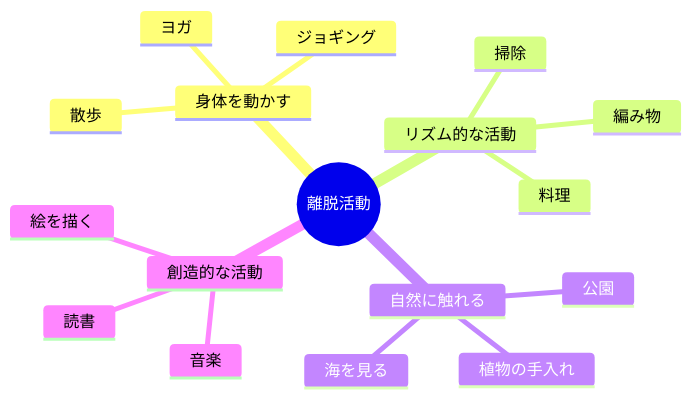
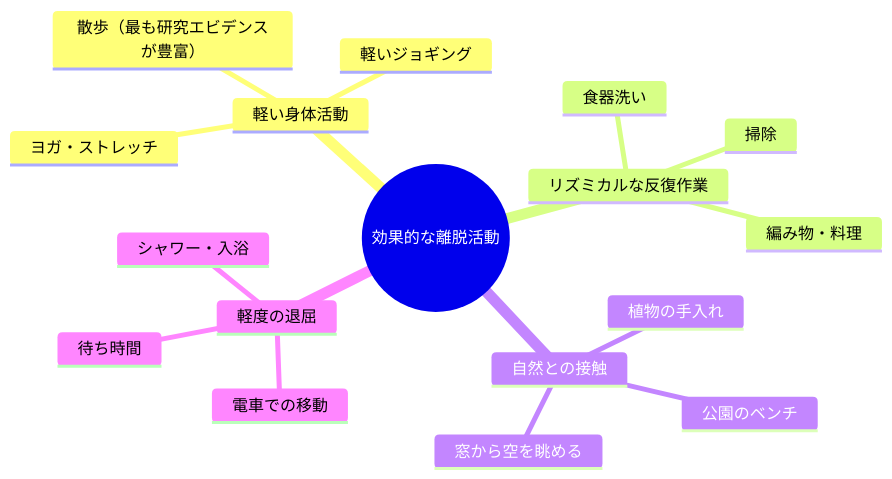
Before and after one commit to tndg16-bot/portfolio-site: the third of 3 diagrams in content/blog/268-thinking-organization-incubation.md, drawn with Mermaid. The commit also changed other lines of this file and 44 other files, not shown here.

````diff
--- a/content/blog/268-thinking-organization-incubation.md
+++ b/content/blog/268-thinking-organization-incubation.md
@@ -102,20 +135,20 @@
 ```mermaid
 mindmap
-  root((離脱活動))
-    身体を動かす
-      散歩
-      ジョギング
-      ヨガ
-    リズム的な活動
+  root((効果的な離脱活動))
+    軽い身体活動
+      散歩（最も研究エビデンスが豊富）
+      軽いジョギング
+      ヨガ・ストレッチ
+    リズミカルな反復作業
+      食器洗い
       掃除
-      料理
-      編み物
-    自然に触れる
-      公園
+      編み物・料理
+    自然との接触
+      公園のベンチ
       植物の手入れ
-      海を見る
-    創造的な活動
-      音楽
-      絵を描く
-      読書
+      窓から空を眺める
+    軽度の退屈
+      シャワー・入浴
+      電車での移動
+      待ち時間
 ```
````
